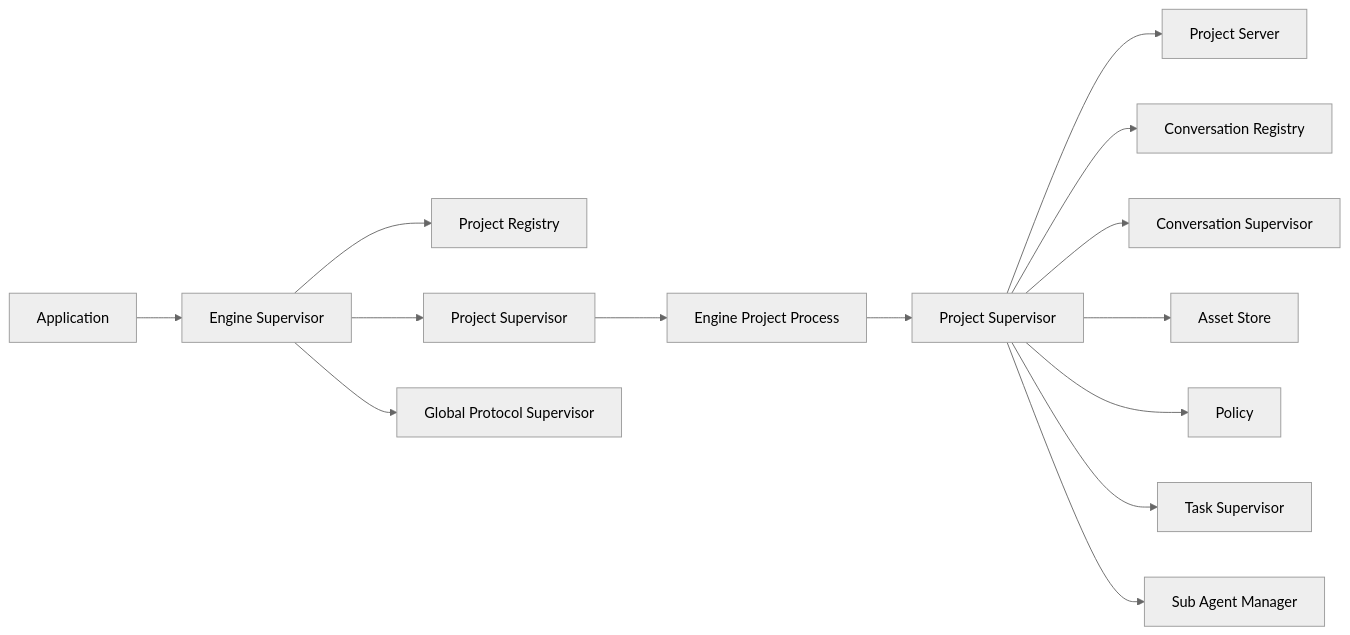
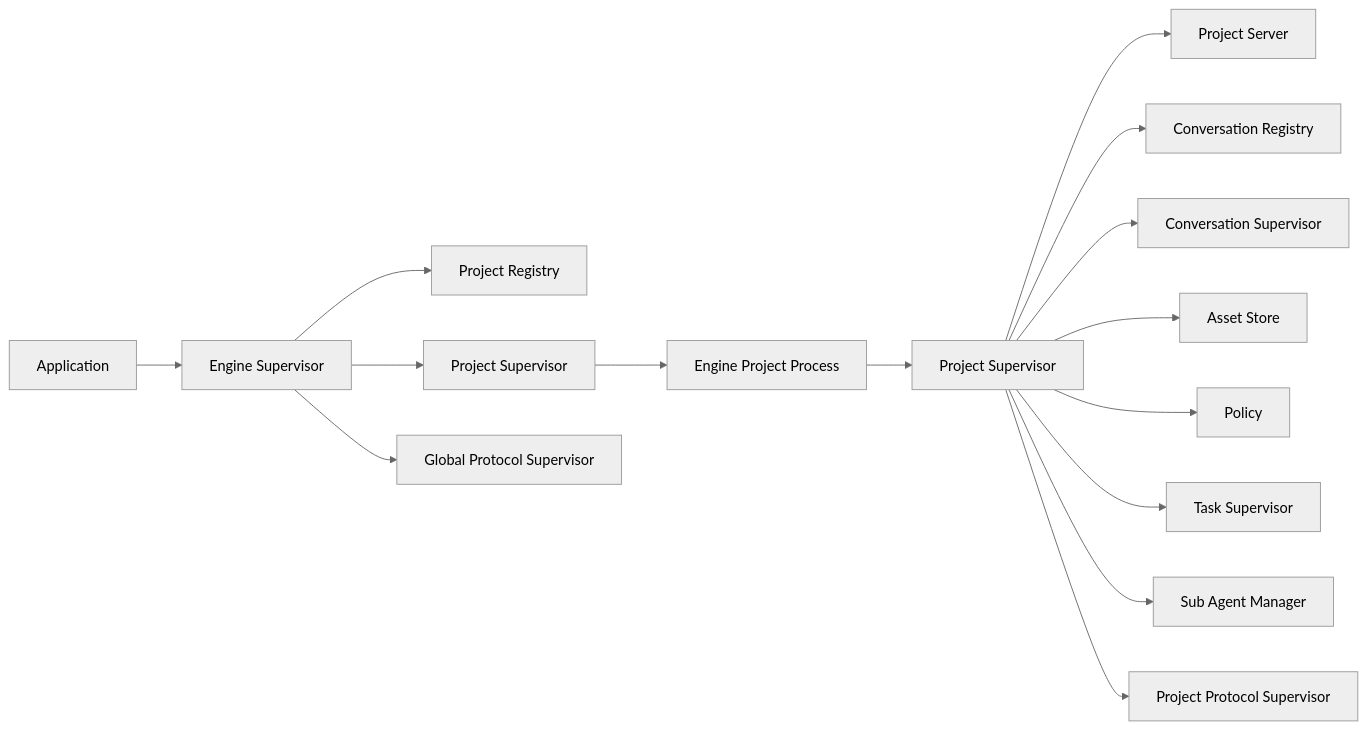
Before and after one commit to pcharbon70/jido_code_server: the diagram in docs/developer/02-system-architecture.md, drawn with Mermaid (neutral theme). The commit also changed other lines of this file and 6 other files, not shown here.

Commit message:
Refresh docs for current architecture and API

````diff
--- a/docs/developer/02-system-architecture.md
+++ b/docs/developer/02-system-architecture.md
@@ -27,17 +55,18 @@
 ```mermaid
 flowchart LR
     App[Application] --> ES[Engine Supervisor]
     ES --> PR[Project Registry]
     ES --> PS[Project Supervisor]
     ES --> GPS[Global Protocol Supervisor]
 
     PS --> EP[Engine Project Process]
     EP --> PSup[Project Supervisor]
     PSup --> PServer[Project Server]
     PSup --> CReg[Conversation Registry]
     PSup --> CSup[Conversation Supervisor]
     PSup --> AStore[Asset Store]
     PSup --> Policy[Policy]
     PSup --> TSup[Task Supervisor]
     PSup --> SAM[Sub Agent Manager]
+    PSup --> PPS[Project Protocol Supervisor]
 ```
````
